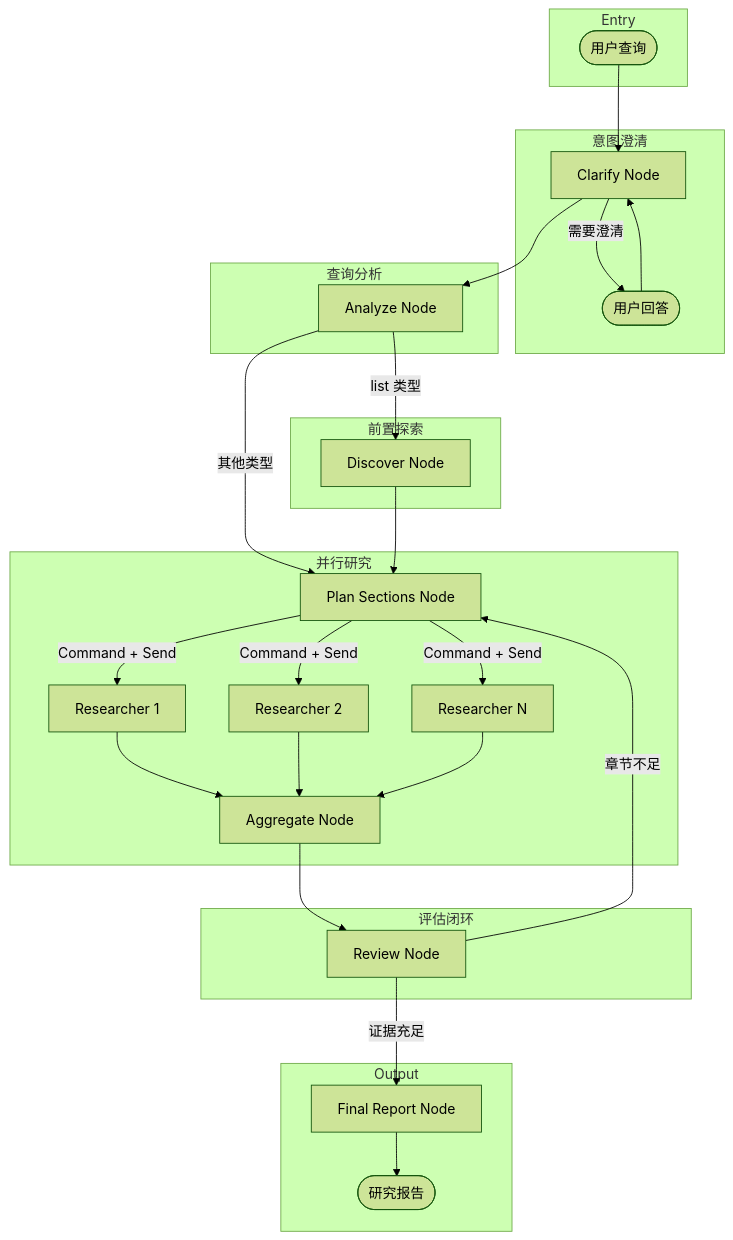
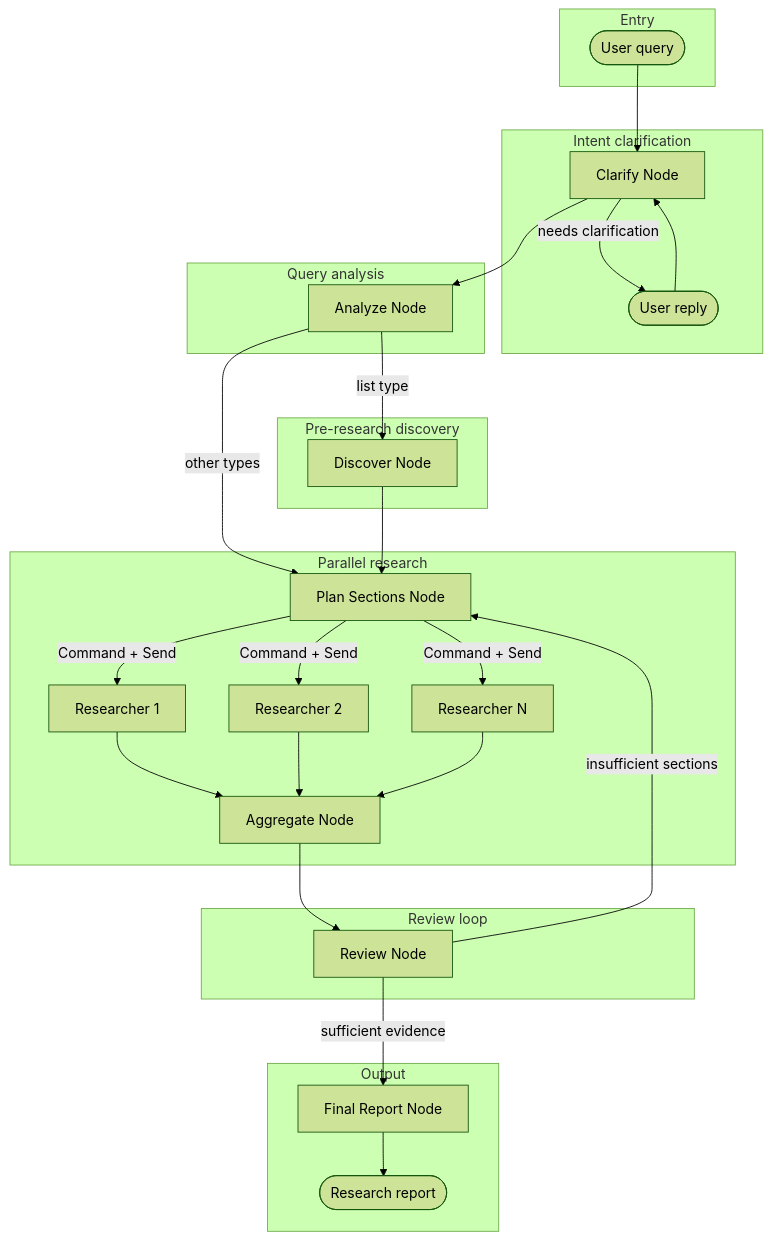
Before and after one commit to JasonHZS/research-agent: the diagram in README.md, drawn with Mermaid (forest theme). The commit also changed other lines of this file and 10 other files, not shown here.

````diff
--- a/README.md
+++ b/README.md
@@ -37,55 +39,55 @@
 ```mermaid
 graph TB
     subgraph entry [Entry]
-        Start([用户查询])
+        Start([User query])
     end
 
-    subgraph clarify_phase [意图澄清]
+    subgraph clarify_phase [Intent clarification]
         Clarify[Clarify Node]
-        UserInput([用户回答])
-        Clarify -->|需要澄清| UserInput
+        UserInput([User reply])
+        Clarify -->|needs clarification| UserInput
         UserInput --> Clarify
     end
 
-    subgraph analyze_phase [查询分析]
+    subgraph analyze_phase [Query analysis]
         Analyze[Analyze Node]
     end
 
-    subgraph discovery_phase [前置探索]
+    subgraph discovery_phase [Pre-research discovery]
         Discover[Discover Node]
     end
 
-    subgraph parallel [并行研究]
+    subgraph parallel [Parallel research]
         Plan[Plan Sections Node]
         R1[Researcher 1]
         R2[Researcher 2]
         RN[Researcher N]
         Aggregate[Aggregate Node]
 
         Plan -->|Command + Send| R1
         Plan -->|Command + Send| R2
         Plan -->|Command + Send| RN
         R1 --> Aggregate
         R2 --> Aggregate
         RN --> Aggregate
     end
 
-    subgraph review_loop [评估闭环]
+    subgraph review_loop [Review loop]
         Review[Review Node]
-        Review -->|章节不足| Plan
+        Review -->|insufficient sections| Plan
     end
 
     subgraph output [Output]
         Report[Final Report Node]
-        Final([研究报告])
+        Final([Research report])
     end
 
     Start --> Clarify
     Clarify --> Analyze
-    Analyze -->|list 类型| Discover
-    Analyze -->|其他类型| Plan
+    Analyze -->|list type| Discover
+    Analyze -->|other types| Plan
     Discover --> Plan
     Aggregate --> Review
-    Review -->|证据充足| Report
+    Review -->|sufficient evidence| Report
     Report --> Final
 ```
````
